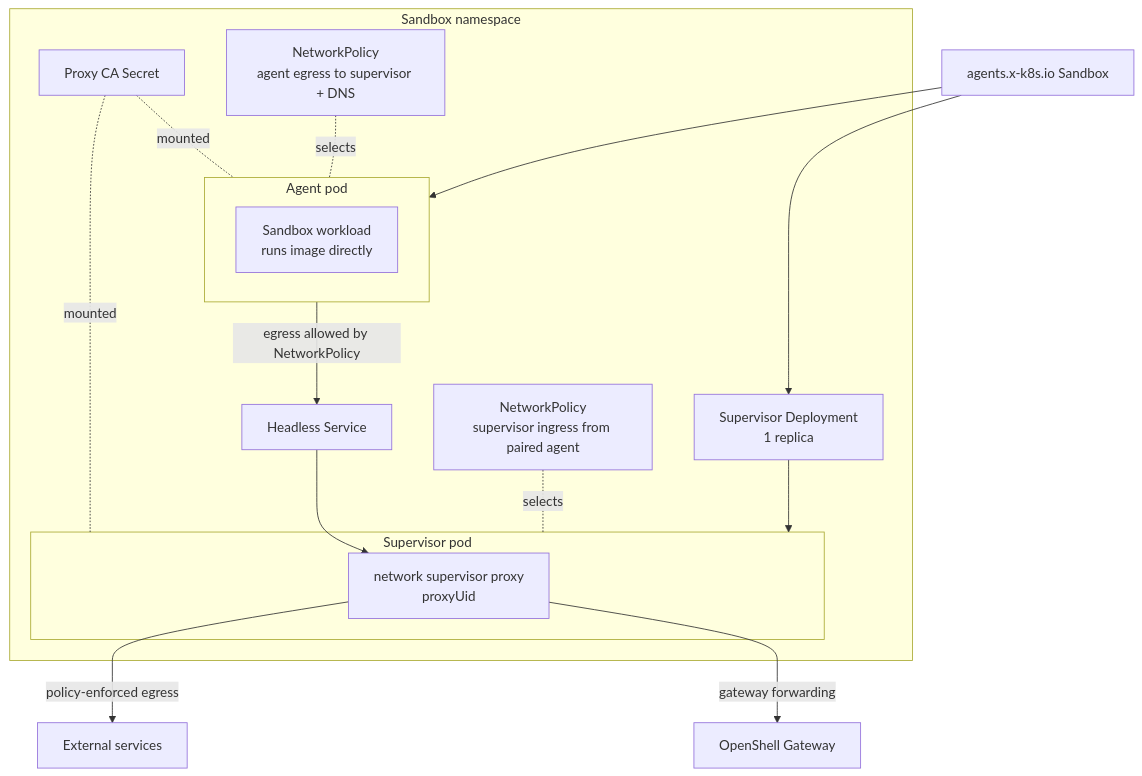
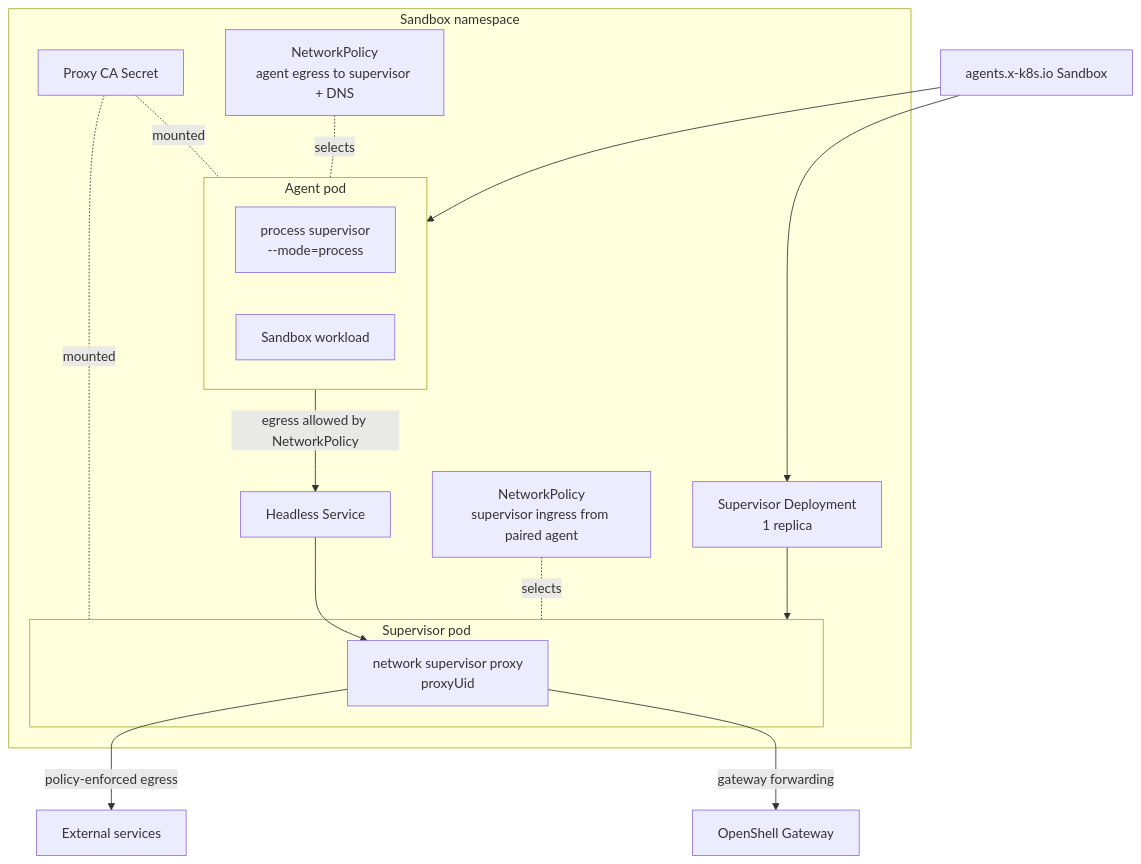
The third of 3 diagrams in docs/kubernetes/topology.mdx (NVIDIA/OpenShell), drawn with Mermaid before and after one commit. The commit also changed other lines of this file and 53 other files, not shown here.

````diff
--- a/docs/kubernetes/topology.mdx
+++ b/docs/kubernetes/topology.mdx
@@ -175,35 +187,36 @@
 ```mermaid
 flowchart TB
   Sandbox["agents.x-k8s.io Sandbox"]
 
   subgraph Namespace["Sandbox namespace"]
     subgraph AgentPod["Agent pod"]
-      Workload["Sandbox workload<br/>runs image directly"]
+      ProcSup["process supervisor<br/>--mode=process"]
+      Workload["Sandbox workload"]
     end
 
     SupervisorDeployment["Supervisor Deployment<br/>1 replica"]
     subgraph SupervisorPod["Supervisor pod"]
       NetworkProxy["network supervisor proxy<br/>proxyUid"]
     end
 
     Service["Headless Service"]
     ProxyCA["Proxy CA Secret"]
     AgentEgressPolicy["NetworkPolicy<br/>agent egress to supervisor + DNS"]
     SupervisorIngressPolicy["NetworkPolicy<br/>supervisor ingress from paired agent"]
   end
 
   Gateway["OpenShell Gateway"]
   External["External services"]
 
   Sandbox --> AgentPod
   Sandbox --> SupervisorDeployment
   SupervisorDeployment --> SupervisorPod
   AgentPod -->|"egress allowed by NetworkPolicy"| Service
   Service --> NetworkProxy
   NetworkProxy -->|"gateway forwarding"| Gateway
   NetworkProxy -->|"policy-enforced egress"| External
   ProxyCA -. mounted .- AgentPod
   ProxyCA -. mounted .- SupervisorPod
   AgentEgressPolicy -. selects .- AgentPod
   SupervisorIngressPolicy -. selects .- SupervisorPod
 ```
````
